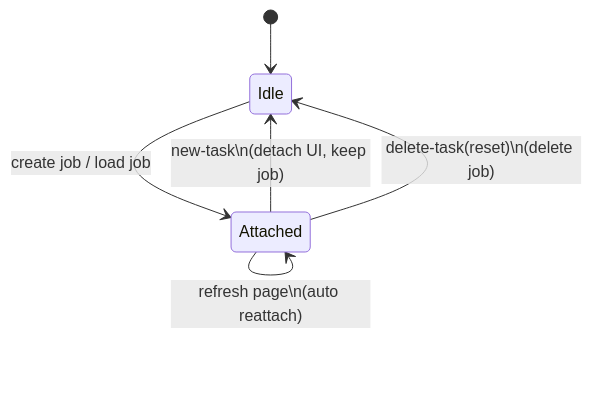
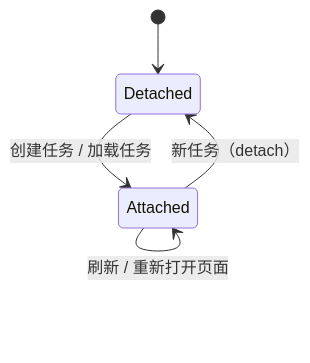
One commit to makoMakoGo/novel-proofer changed the second of 2 diagrams in docs/WORKFLOW.md. Above: the diagram before and after it, drawn with Mermaid. The commit also changed other lines of this file and 13 other files, not shown here.

````diff
--- a/docs/WORKFLOW.md
+++ b/docs/WORKFLOW.md
@@ -59,8 +43,7 @@
 ```mermaid
 stateDiagram-v2
-  [*] --> Idle
-  Idle --> Attached : create job / load job
-  Attached --> Idle : new-task\n(detach UI, keep job)
-  Attached --> Idle : delete-task(reset)\n(delete job)
-  Attached --> Attached : refresh page\n(auto reattach)
+  [*] --> Detached
+  Detached --> Attached: 创建任务 / 加载任务
+  Attached --> Detached: 新任务（detach）
+  Attached --> Attached: 刷新 / 重新打开页面
 ```
````
